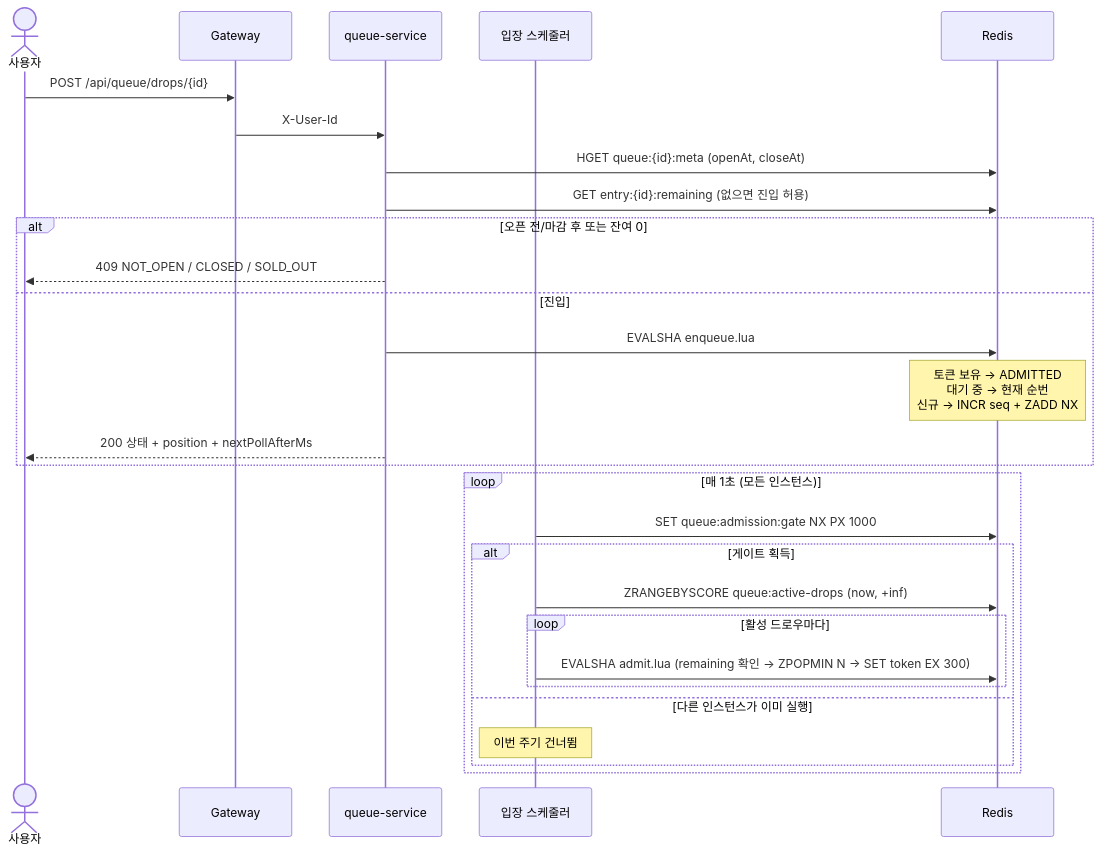
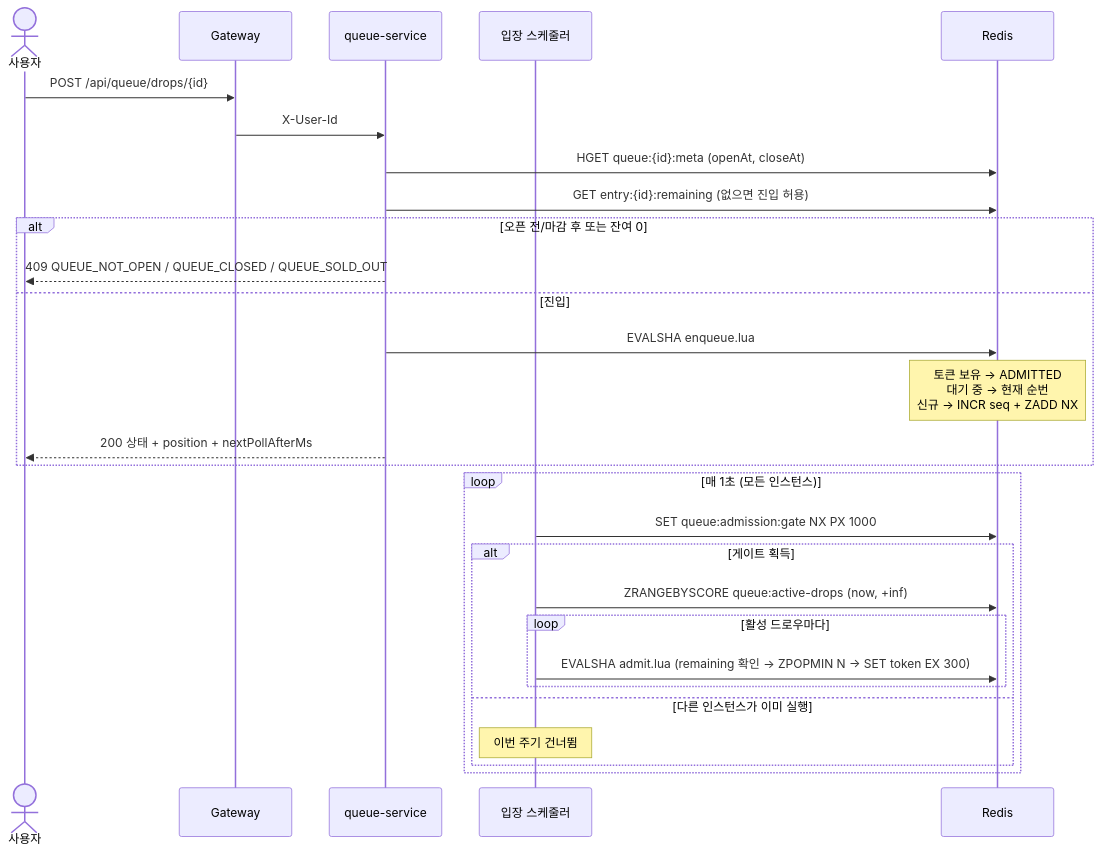
The second of 2 diagrams in docs/design/05-features/queue-enter.md (dd-jiny/queue-drop), drawn with Mermaid before and after one commit. The commit also changed other lines of this file and 2 other files, not shown here.

````diff
--- a/docs/design/05-features/queue-enter.md
+++ b/docs/design/05-features/queue-enter.md
@@ -86,32 +94,32 @@
 ```mermaid
 sequenceDiagram
     actor U as 사용자
     participant GW as Gateway
     participant QS as queue-service
     participant SCH as 입장 스케줄러
     participant R as Redis
 
     U->>GW: POST /api/queue/drops/{id}
     GW->>QS: X-User-Id
     QS->>R: HGET queue:{id}:meta (openAt, closeAt)
     QS->>R: GET entry:{id}:remaining (없으면 진입 허용)
     alt 오픈 전/마감 후 또는 잔여 0
-        QS-->>U: 409 NOT_OPEN / CLOSED / SOLD_OUT
+        QS-->>U: 409 QUEUE_NOT_OPEN / QUEUE_CLOSED / QUEUE_SOLD_OUT
     else 진입
         QS->>R: EVALSHA enqueue.lua
         Note over R: 토큰 보유 → ADMITTED<br/>대기 중 → 현재 순번<br/>신규 → INCR seq + ZADD NX
         QS-->>U: 200 상태 + position + nextPollAfterMs
     end
 
     loop 매 1초 (모든 인스턴스)
         SCH->>R: SET queue:admission:gate NX PX 1000
         alt 게이트 획득
             SCH->>R: ZRANGEBYSCORE queue:active-drops (now, +inf)
             loop 활성 드로우마다
                 SCH->>R: EVALSHA admit.lua (remaining 확인 → ZPOPMIN N → SET token EX 300)
             end
         else 다른 인스턴스가 이미 실행
             Note over SCH: 이번 주기 건너뜀
         end
     end
 ```
````
